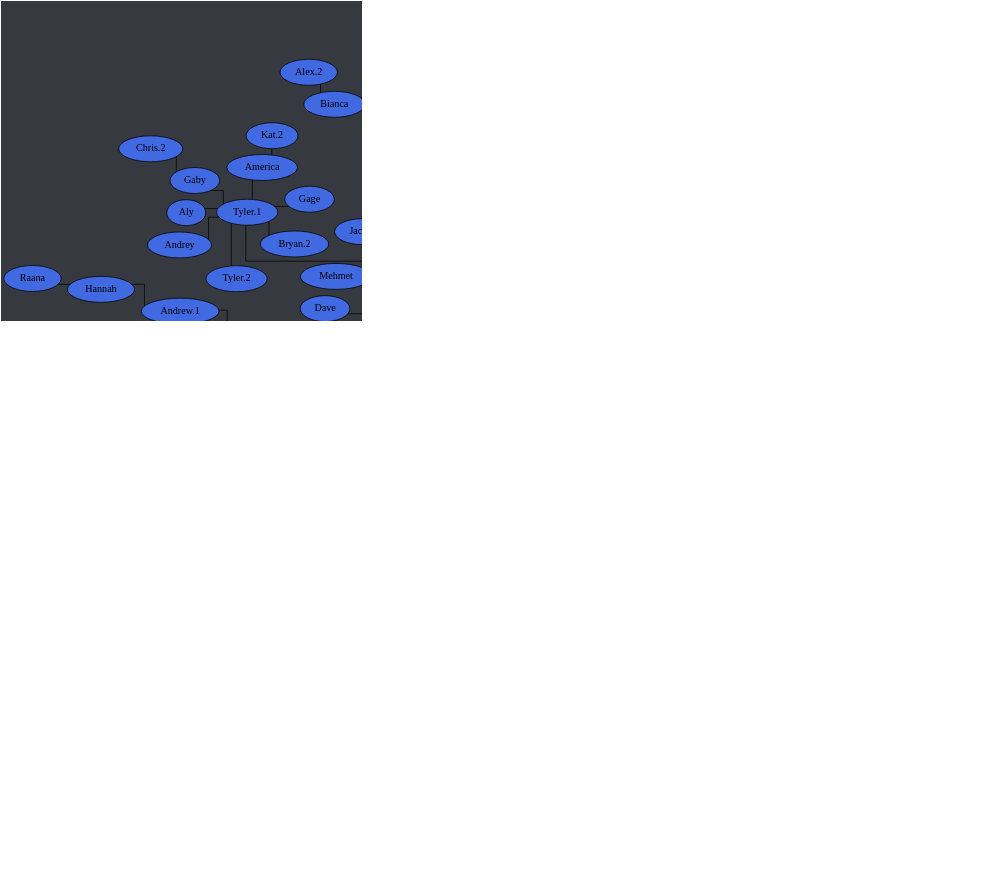
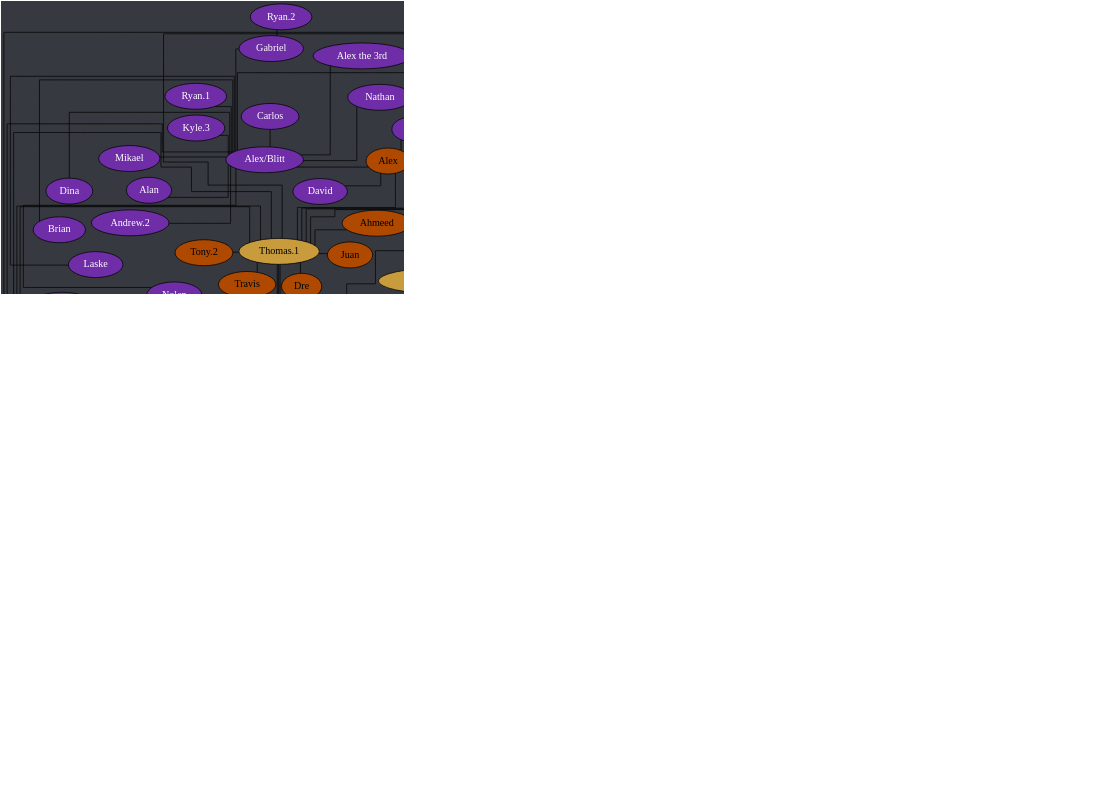
One commit to Documidas/CoronaCatzFamilyTree changed the diagram in tree.dot. Above: the diagram before and after it, drawn with Graphviz. The commit also changed 1 other file, not shown here.

Commit message:
Move Hia to Mimi

```diff
--- a/tree.dot
+++ b/tree.dot
@@ -72,7 +72,6 @@
 		Donnie -- "Bryan.1";
 		Donnie -- Darrock;
 		Donnie -- Eggie;
-		Donnie -- Hia;
 		Donnie -- Hua;
 		Donnie -- Mimi;
 		Donnie -- Rinni;
@@ -112,6 +111,7 @@
 		Jared -- "Zach/Laniakea";
 		Jared -- Zoe;
 		"John Boi" -- Hardie;
+		Mimi -- Hia;
 		Tommy -- Danny;
 		Troy -- Drake;
 		"Tyler.1" -- Aly;
```
